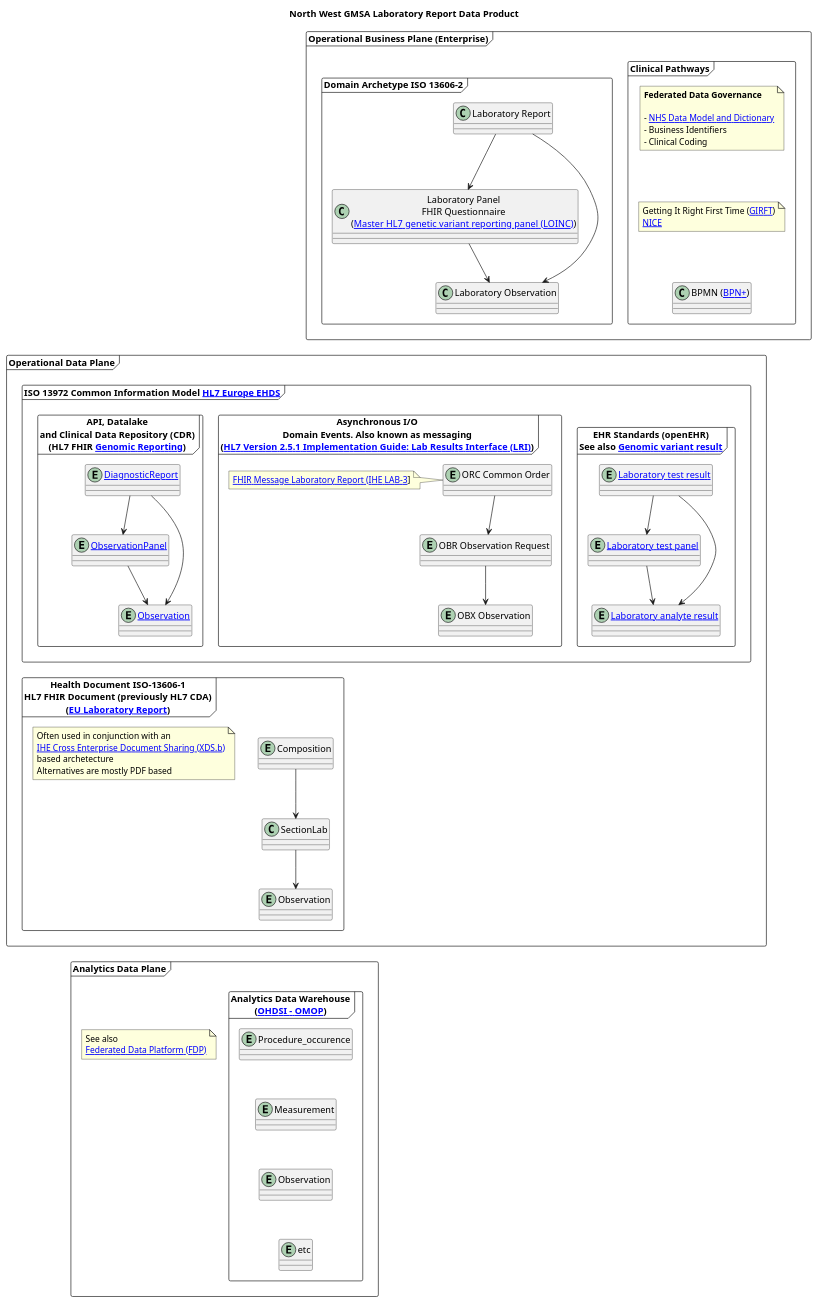
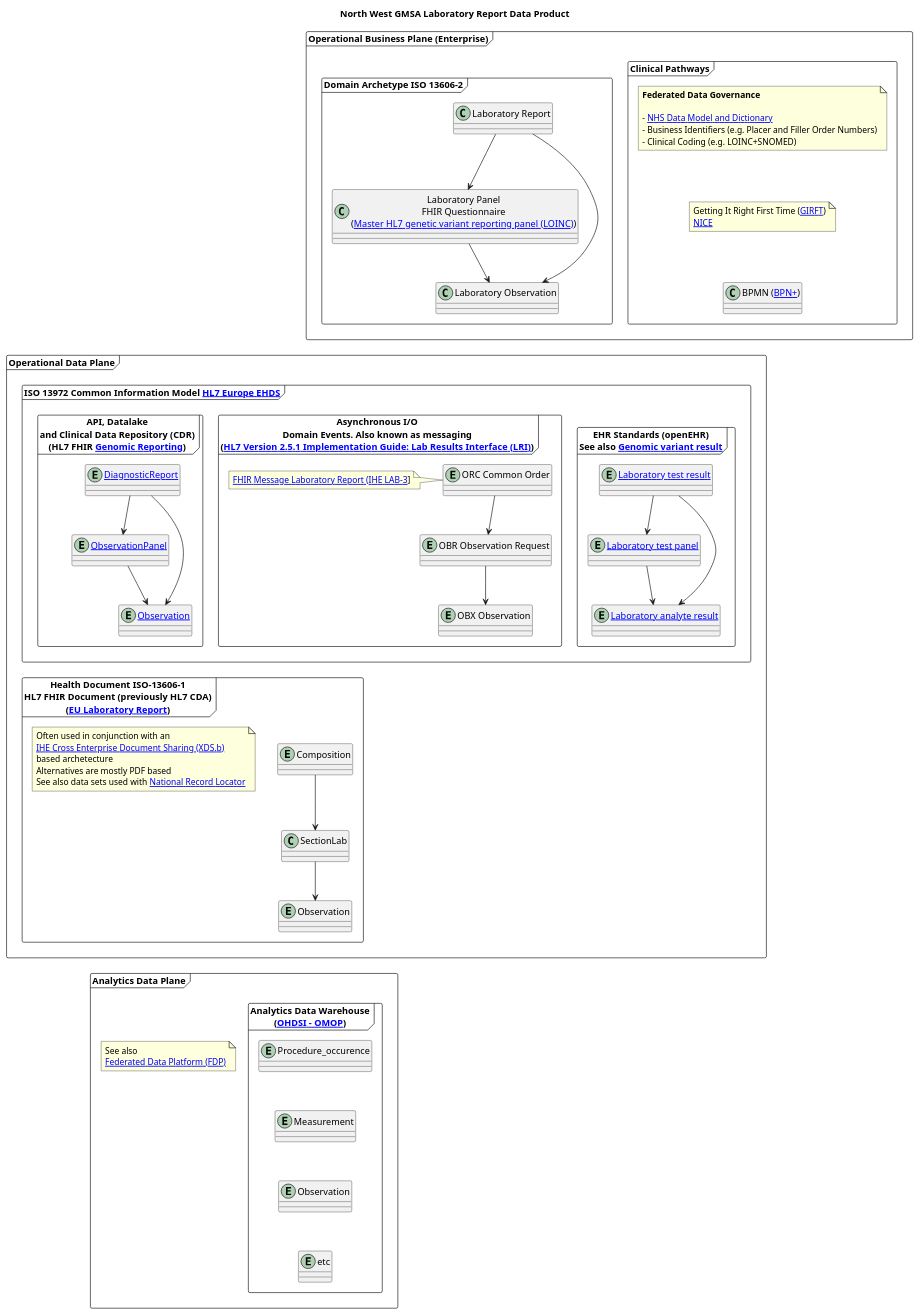
The diagram in input/images-source/LaboratoryReportDataProduct.plantuml (nw-gmsa/nw-gmsa.github.com), drawn with PlantUML before and after one commit.

Commit message:
First draft of LabReport Data Product

```diff
--- a/input/images-source/LaboratoryReportDataProduct.plantuml
+++ b/input/images-source/LaboratoryReportDataProduct.plantuml
@@ -1,104 +1,104 @@
 @startuml
 
 skinparam svgDimensionStyle false
 
 title "North West GMSA Laboratory Report Data Product"
 
 frame "Operational Business Plane (Enterprise)" {
 
   frame "Clinical Pathways" {
     class "BPMN ([[https://www.bpm-plus.org/ BPN+]])" as BPMN
 
     note "Getting It Right First Time ([[https://gettingitrightfirsttime.co.uk/ GIRFT]])\n[[https://www.nice.org.uk/ NICE]]" as GIRFT
 
-    note "**Federated Data Governance**\n\n- [[https://www.datadictionary.nhs.uk/ NHS Data Model and Dictionary]]\n- Business Identifiers\n- Clinical Coding" as Governance
+    note "**Federated Data Governance**\n\n- [[https://www.datadictionary.nhs.uk/ NHS Data Model and Dictionary]]\n- Business Identifiers (e.g. Placer and Filler Order Numbers)\n- Clinical Coding (e.g. LOINC+SNOMED)" as Governance
 
     BPMN -u[hidden]- GIRFT
     Governance -d[hidden]- GIRFT
   }
   frame "Domain Archetype ISO 13606-2" as iso136062 {
 
     class "Laboratory Report" as LaboratoryReport {
     }
 
     class "Laboratory Panel\nFHIR Questionnaire\n([[https://nw-gmsa.github.io/R4/Questionnaire-81247-9.html Master HL7 genetic variant reporting panel (LOINC)]])" as LaboratoryPanel
 
     class "Laboratory Observation" as LaboratoryObservation
 
 
     LaboratoryReport --> LaboratoryPanel
     LaboratoryReport --> LaboratoryObservation
     LaboratoryPanel --> LaboratoryObservation
   }
 }
 frame "Operational Data Plane"  {
 frame "ISO 13972 Common Information Model [[https://hl7europe.org/standards/ehds/ HL7 Europe EHDS]]" as iso13972 {
 
   frame "EHR Standards (openEHR)\nSee also [[https://ckm.openehr.org/ckm/archetypes/1013.1.3759 Genomic variant result]]" as openEHR {
     entity "[[https://ckm.openehr.org/ckm/archetypes/1013.1.2191 Laboratory test result]]" as openEHRLaboratoryReport
     entity "[[https://ckm.openehr.org/ckm/archetypes/1013.1.2192 Laboratory test panel]]" as openEHRLaboratoryPanel
     entity "[[https://ckm.openehr.org/ckm/archetypes/1013.1.2881 Laboratory analyte result]]" as openEHRLaboratoryAnalyte
 
     openEHRLaboratoryReport --> openEHRLaboratoryPanel
     openEHRLaboratoryReport --> openEHRLaboratoryAnalyte
     openEHRLaboratoryPanel --> openEHRLaboratoryAnalyte
 
   }
 
   frame "Asynchronous I/O\nDomain Events. Also known as messaging\n([[https://confluence.hl7.org/download/attachments/25559919/2018%2004%2003%20-%20V2%20LRI%20-%20Ch.%205%20CG%20and%20Code%20System%20Tables.pdf?api=v2 HL7 Version 2.5.1 Implementation Guide: Lab Results Interface (LRI)]])" as HL7v2 {
     entity "ORC Common Order" as ORC
     entity "OBR Observation Request" as OBR
     entity "OBX Observation" as OBX
     note "[[LAB-3.html FHIR Message Laboratory Report (IHE LAB-3]]]" as messaging
 
     messaging -r[hidden]- ORC
     ORC --> OBR
     OBR --> OBX
 
   }
 
   frame "API, Datalake\nand Clinical Data Repository (CDR)\n(HL7 FHIR [[https://build.fhir.org/ig/HL7/genomics-reporting/index.html Genomic Reporting]])" as FHR {
     entity "[[DiagnosticReport]]" as DiagnosticReport
     entity "[[StructureDefinition-Observation-Panel.html ObservationPanel]]" as ObservationPanel
     entity "[[Observation]]" as Observation
 
     DiagnosticReport --> ObservationPanel
     DiagnosticReport --> Observation
     ObservationPanel --> Observation
 
   }
 
 }
 
  frame "Health Document ISO-13606-1\nHL7 FHIR Document (previously HL7 CDA)\n([[https://build.fhir.org/ig/hl7-eu/laboratory/ EU Laboratory Report]])" as iso136061 {
     entity Composition
     class SectionLab
     entity "Observation" as cdaObservation
-    note "Often used in conjunction with an\n[[https://profiles.ihe.net/ITI/TF/Volume1/ch-10.html IHE Cross Enterprise Document Sharing (XDS.b)]]\nbased archetecture\nAlternatives are mostly PDF based" as XDS
+    note "Often used in conjunction with an\n[[https://profiles.ihe.net/ITI/TF/Volume1/ch-10.html IHE Cross Enterprise Document Sharing (XDS.b)]]\nbased archetecture\nAlternatives are mostly PDF based\nSee also data sets used with [[https://digital.nhs.uk/services/national-record-locator National Record Locator]]" as XDS
 
     Composition --> SectionLab
     SectionLab --> cdaObservation
   }
 }
 
 frame "Analytics Data Plane"  {
 
 frame "Analytics Data Warehouse\n([[https://www.ohdsi.org/data-standardization/ OHDSI - OMOP]])" as Analytics {
     entity Procedure_occurence
     entity Measurement
     entity "Observation" as OMOPObservation
     entity etc
 
     Procedure_occurence -d[hidden]- Measurement
     Measurement -d[hidden]- OMOPObservation
     OMOPObservation -d[hidden]- etc
 }
  note "See also\n[[https://www.england.nhs.uk/digitaltechnology/nhs-federated-data-platform/ Federated Data Platform (FDP)]]" as FDP
 }
 
 LaboratoryObservation -d[hidden]- ORC
 Observation -d[hidden]- Composition
 cdaObservation -d[hidden]- Procedure_occurence
 
 
 @enduml
```
